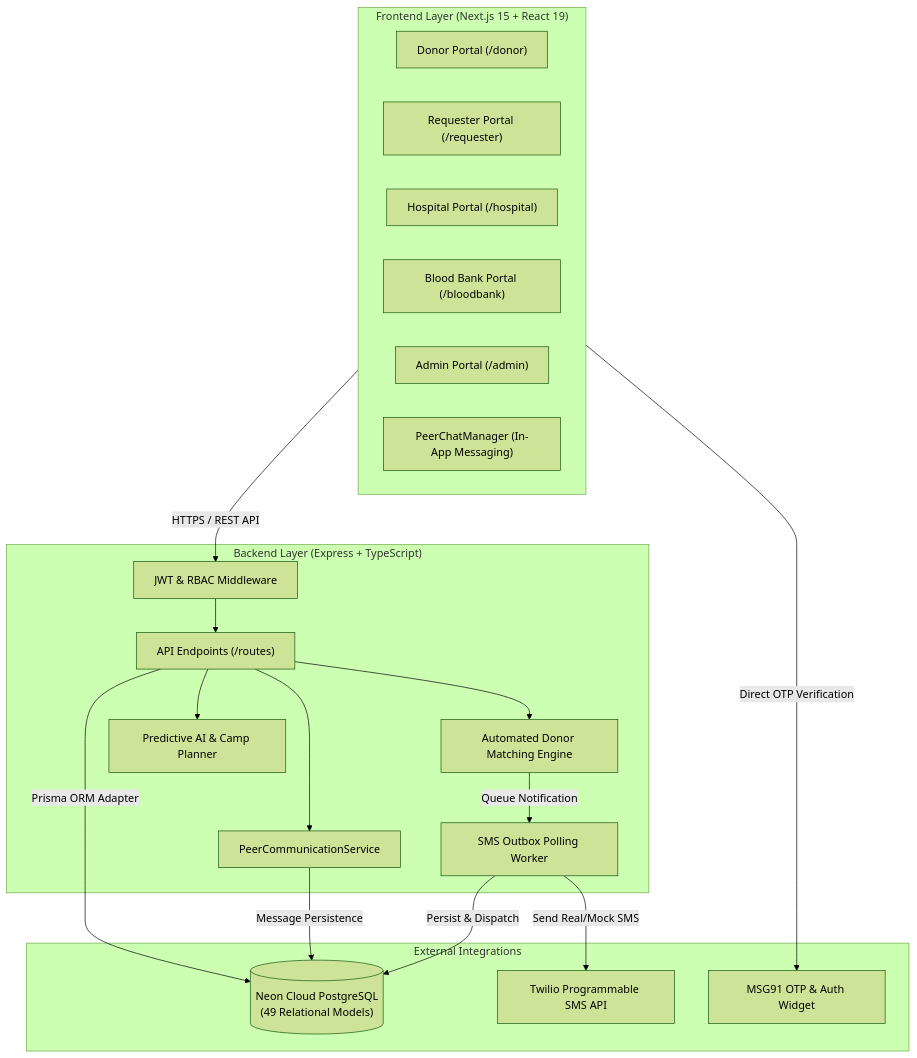
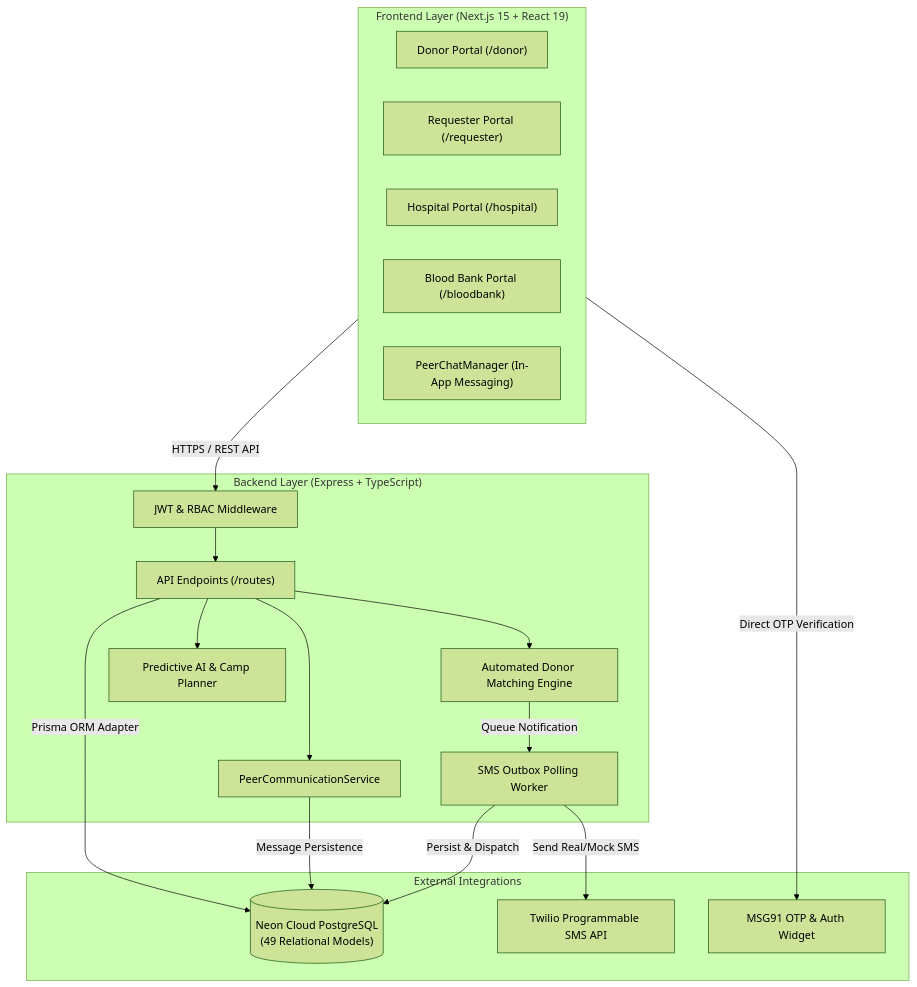
The diagram in README.md (bhavyasanthoshi02/Swastya), drawn with Mermaid (forest theme) before and after one commit. The commit also changed other lines of this file, not shown here.

````diff
--- a/README.md
+++ b/README.md
@@ -112,40 +110,39 @@
 ```mermaid
 flowchart TD
     subgraph Client["Frontend Layer (Next.js 15 + React 19)"]
         DP["Donor Portal (/donor)"]
         RP["Requester Portal (/requester)"]
         HP["Hospital Portal (/hospital)"]
         BP["Blood Bank Portal (/bloodbank)"]
-        AP["Admin Portal (/admin)"]
         ChatUI["PeerChatManager (In-App Messaging)"]
     end
 
     subgraph API["Backend Layer (Express + TypeScript)"]
         AuthMiddleware["JWT & RBAC Middleware"]
         Routes["API Endpoints (/routes)"]
         MatchingEngine["Automated Donor Matching Engine"]
         PeerCommService["PeerCommunicationService"]
         AIPlanner["Predictive AI & Camp Planner"]
         OutboxWorker["SMS Outbox Polling Worker"]
     end
 
     subgraph External["External Integrations"]
         NeonDB[("Neon Cloud PostgreSQL\n(49 Relational Models)")]
         TwilioAPI["Twilio Programmable SMS API"]
         MSG91API["MSG91 OTP & Auth Widget"]
     end
 
     Client -->|HTTPS / REST API| AuthMiddleware
     AuthMiddleware --> Routes
     Routes --> MatchingEngine
     Routes --> PeerCommService
     Routes --> AIPlanner
     
     MatchingEngine -->|Queue Notification| OutboxWorker
     OutboxWorker -->|Persist & Dispatch| NeonDB
     OutboxWorker -->|Send Real/Mock SMS| TwilioAPI
     
     PeerCommService -->|Message Persistence| NeonDB
     Routes -->|Prisma ORM Adapter| NeonDB
     Client -->|Direct OTP Verification| MSG91API
 ```
````
